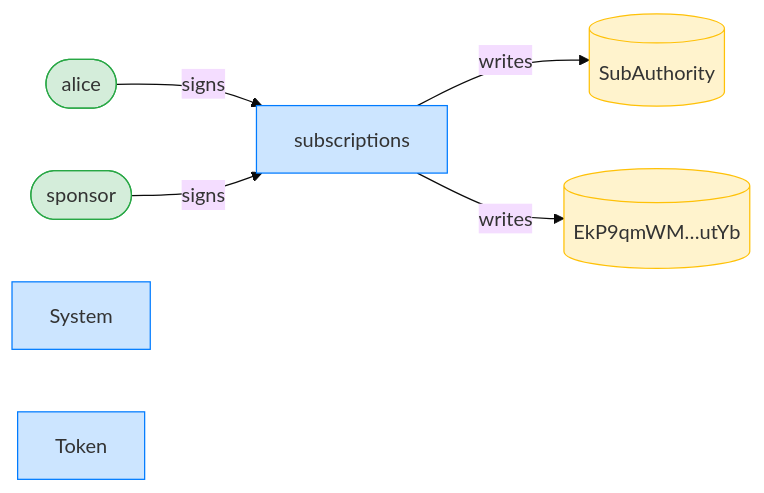
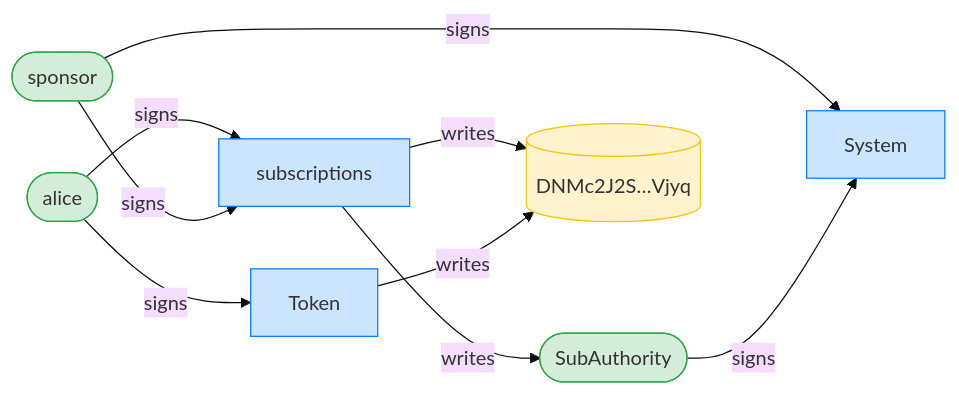
Before and after one commit to cds-rs/subscriptions: the third of 4 diagrams in dsl_tests/close-with-the-wrong-receiver-is-unauthorized.md, drawn with Mermaid (base theme). The commit also changed other lines of this file and 224 other files, not shown here.

````diff
--- a/dsl_tests/close-with-the-wrong-receiver-is-unauthorized.md
+++ b/dsl_tests/close-with-the-wrong-receiver-is-unauthorized.md
@@ -54,17 +55,21 @@
 ```mermaid
 flowchart LR
     classDef signer fill:#d4edda,stroke:#28a745;
     classDef program fill:#cce5ff,stroke:#007bff;
     classDef writable fill:#fff3cd,stroke:#ffc107;
     subscriptions[subscriptions]:::program
     alice([alice]):::signer
-    SubAuthority[(SubAuthority)]:::writable
-    EkP9qmWM_utYb[("EkP9qmWM…utYb")]:::writable
+    SubAuthority([SubAuthority]):::signer
+    DNMc2J2S_Vjyq[("DNMc2J2S…Vjyq")]:::writable
     sponsor([sponsor]):::signer
     System[System]:::program
     Token[Token]:::program
     alice -->|signs| subscriptions
     sponsor -->|signs| subscriptions
+    sponsor -->|signs| System
+    SubAuthority -->|signs| System
+    alice -->|signs| Token
     subscriptions -->|writes| SubAuthority
-    subscriptions -->|writes| EkP9qmWM_utYb
+    subscriptions -->|writes| DNMc2J2S_Vjyq
+    Token -->|writes| DNMc2J2S_Vjyq
 ```
````
